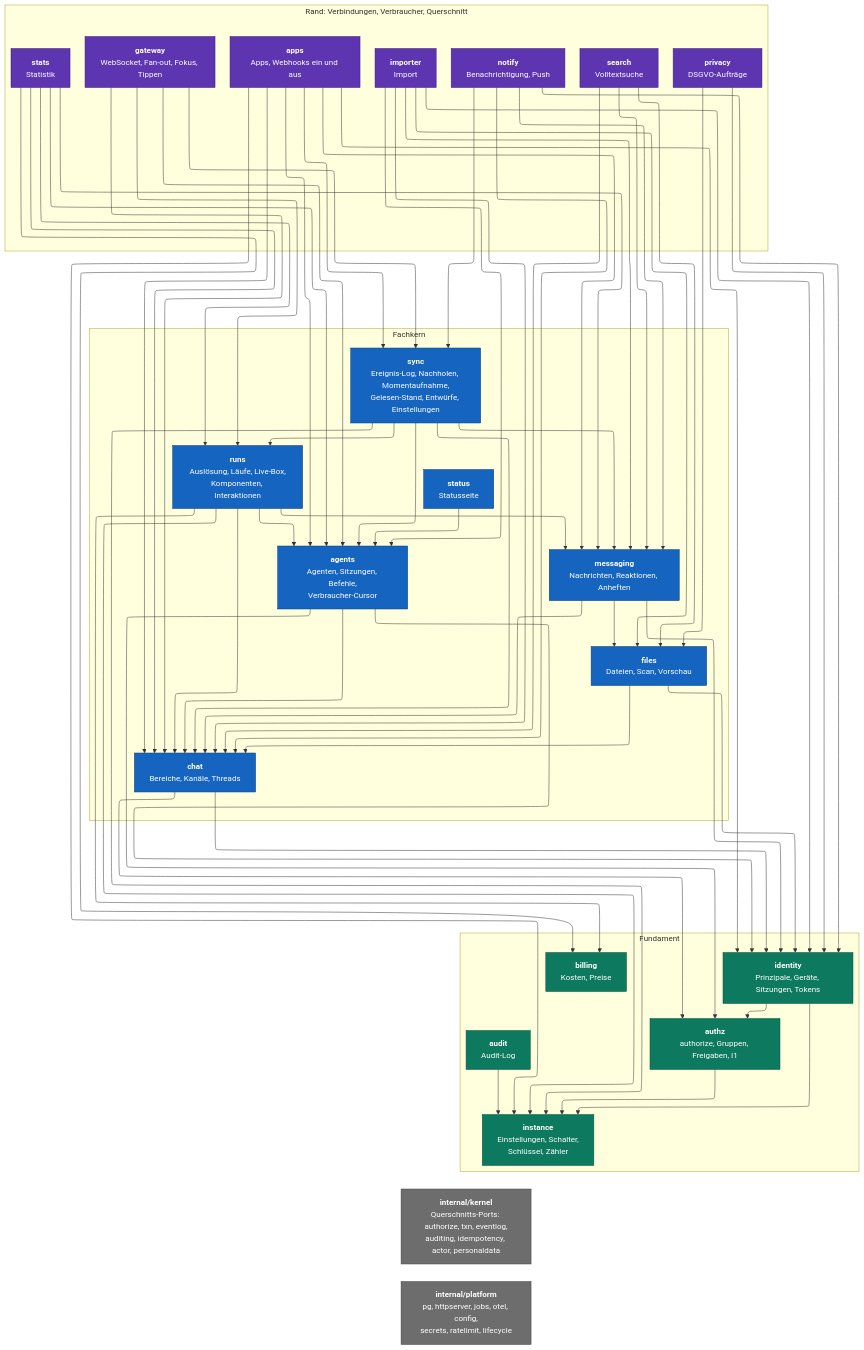
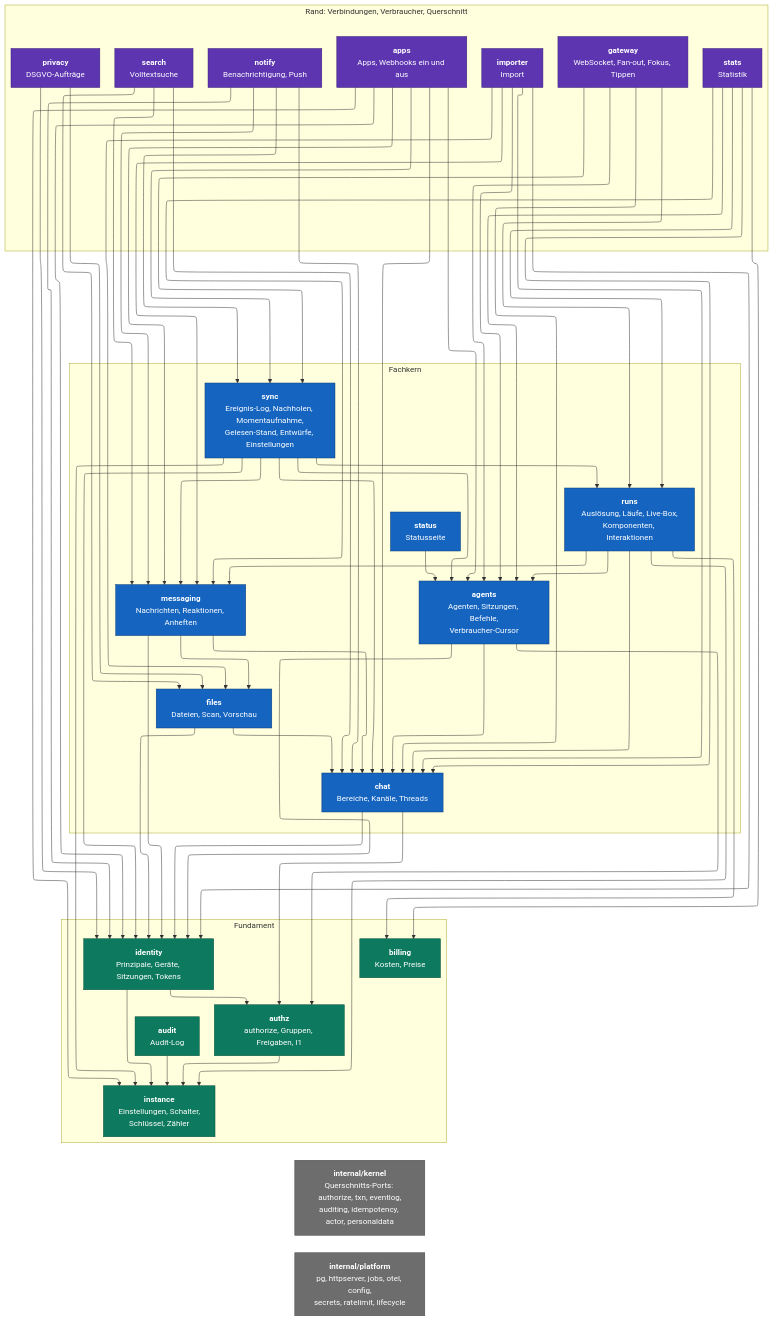
Before and after one commit to mguttmann/bothy: the diagram in docs/architecture/c4-3-komponenten-server.mmd, drawn with Mermaid. The commit also changed 33 other files, not shown here.

```diff
--- a/docs/architecture/c4-3-komponenten-server.mmd
+++ b/docs/architecture/c4-3-komponenten-server.mmd
@@ -1,100 +1,101 @@
 ---
 config:
   layout: elk
 ---
 %% C4 Ebene 3: Komponenten des Servers = Module des Monolithen.
 %% Pfeil A --> B heißt: A darf den Port von B aufrufen (Abhängigkeitstabelle in 02-architektur.md, 4.4).
 %% Alle Module nutzen zusätzlich die Querschnitts-Ports aus internal/kernel; diese Kanten sind nicht gezeichnet.
 flowchart TB
   classDef top fill:#5e35b1,stroke:#3b1f78,color:#ffffff
   classDef mid fill:#1565c0,stroke:#0b3c75,color:#ffffff
   classDef base fill:#0d7a5f,stroke:#08523f,color:#ffffff
   classDef shared fill:#6d6d6d,stroke:#474747,color:#ffffff
 
   subgraph edge["Rand: Verbindungen, Verbraucher, Querschnitt"]
     gateway["<b>gateway</b><br/>WebSocket, Fan-out, Fokus, Tippen"]:::top
     notify["<b>notify</b><br/>Benachrichtigung, Push"]:::top
     apps["<b>apps</b><br/>Apps, Webhooks ein und aus"]:::top
     stats["<b>stats</b><br/>Statistik"]:::top
     privacy["<b>privacy</b><br/>DSGVO-Aufträge"]:::top
     importer["<b>importer</b><br/>Import"]:::top
     search["<b>search</b><br/>Volltextsuche"]:::top
   end
 
   subgraph core["Fachkern"]
     sync["<b>sync</b><br/>Ereignis-Log, Nachholen, Momentaufnahme,<br/>Gelesen-Stand, Entwürfe, Einstellungen"]:::mid
     runs["<b>runs</b><br/>Auslösung, Läufe, Live-Box,<br/>Komponenten, Interaktionen"]:::mid
     messaging["<b>messaging</b><br/>Nachrichten, Reaktionen, Anheften"]:::mid
     status["<b>status</b><br/>Statusseite"]:::mid
     agents["<b>agents</b><br/>Agenten, Sitzungen, Befehle,<br/>Verbraucher-Cursor"]:::mid
     files["<b>files</b><br/>Dateien, Scan, Vorschau"]:::mid
     chat["<b>chat</b><br/>Bereiche, Kanäle, Threads"]:::mid
   end
 
   subgraph foundation["Fundament"]
     identity["<b>identity</b><br/>Prinzipale, Geräte, Sitzungen, Tokens"]:::base
     authz["<b>authz</b><br/>authorize, Gruppen, Freigaben, I1"]:::base
     audit["<b>audit</b><br/>Audit-Log"]:::base
     billing["<b>billing</b><br/>Kosten, Preise"]:::base
     instance["<b>instance</b><br/>Einstellungen, Schalter,<br/>Schlüssel, Zähler"]:::base
   end
 
   kernel["<b>internal/kernel</b><br/>Querschnitts-Ports: authorize, txn, eventlog,<br/>auditing, idempotency, actor, personaldata"]:::shared
   platform["<b>internal/platform</b><br/>pg, httpserver, jobs, otel, config,<br/>secrets, ratelimit, lifecycle"]:::shared
 
   gateway --> chat
   gateway --> agents
   gateway --> runs
   gateway --> sync
   notify --> identity
   notify --> chat
   notify --> messaging
   notify --> sync
   apps --> instance
   apps --> identity
   apps --> chat
   apps --> agents
   apps --> messaging
   apps --> sync
   stats --> chat
   stats --> agents
   stats --> messaging
   stats --> runs
   stats --> billing
   privacy --> identity
   privacy --> files
   importer --> identity
   importer --> chat
   importer --> agents
   importer --> messaging
   importer --> files
   search --> chat
   search --> messaging
   search --> files
   sync --> instance
+  sync --> identity
   sync --> chat
   sync --> agents
   sync --> messaging
   sync --> runs
   runs --> instance
   runs --> chat
   runs --> agents
   runs --> messaging
   runs --> billing
   messaging --> identity
   messaging --> chat
   messaging --> files
   status --> agents
   agents --> identity
   agents --> authz
   agents --> chat
   files --> identity
   files --> chat
   chat --> identity
   chat --> authz
   identity --> instance
   identity --> authz
   authz --> instance
   audit --> instance
   foundation ~~~ kernel
   kernel ~~~ platform
```
